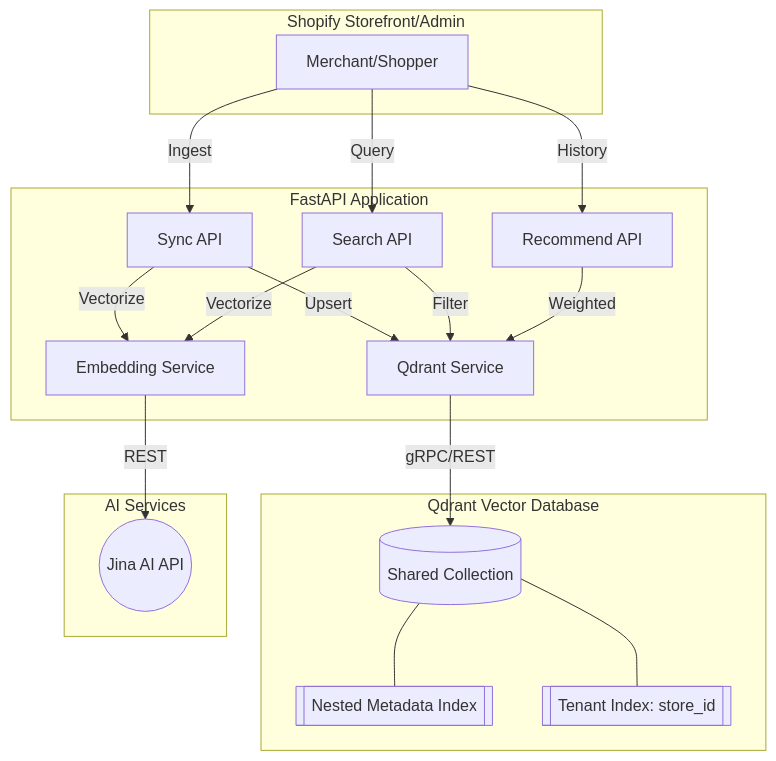
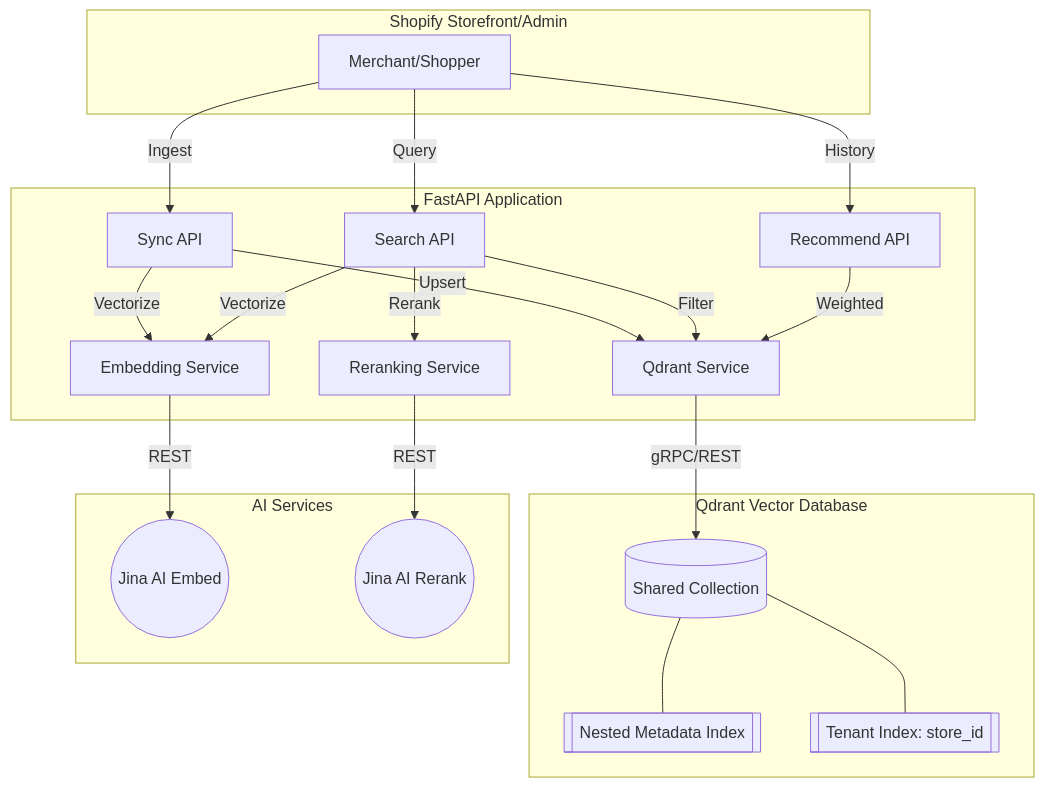
Before and after one commit to TGSupreme/DD-Shopify-recommendation-unified: the first of 6 diagrams in 00_docs/diagrams.md, drawn with Mermaid. The commit also changed other lines of this file and 6 other files, not shown here.

````diff
--- a/00_docs/diagrams.md
+++ b/00_docs/diagrams.md
@@ -10,41 +10,45 @@
 ```mermaid
 graph TD
     subgraph Shopify_Store [Shopify Storefront/Admin]
         Store[Merchant/Shopper]
     end
 
     subgraph FastAPI_Application [FastAPI Application]
         Sync[Sync API]
         Search[Search API]
         Recommend[Recommend API]
         QService[Qdrant Service]
         EService[Embedding Service]
+        Reranker[Reranking Service]
     end
 
     subgraph Qdrant_VDB [Qdrant Vector Database]
         Collection[(Shared Collection)]
         MetaIndex[[Nested Metadata Index]]
         TenantIndex[[Tenant Index: store_id]]
     end
 
     subgraph External_Services [AI Services]
-        Jina((Jina AI API))
+        Jina_Embed((Jina AI Embed))
+        Jina_Rerank((Jina AI Rerank))
     end
 
     Store -->|Ingest| Sync
     Store -->|Query| Search
     Store -->|History| Recommend
 
     Sync -->|Vectorize| EService
     Sync -->|Upsert| QService
     
     Search -->|Vectorize| EService
+    Search -->|Rerank| Reranker
     Search -->|Filter| QService
     
     Recommend -->|Weighted| QService
     
-    EService -->|REST| Jina
+    EService -->|REST| Jina_Embed
+    Reranker -->|REST| Jina_Rerank
     QService -->|gRPC/REST| Collection
     Collection --- MetaIndex
     Collection --- TenantIndex
 ```
````
